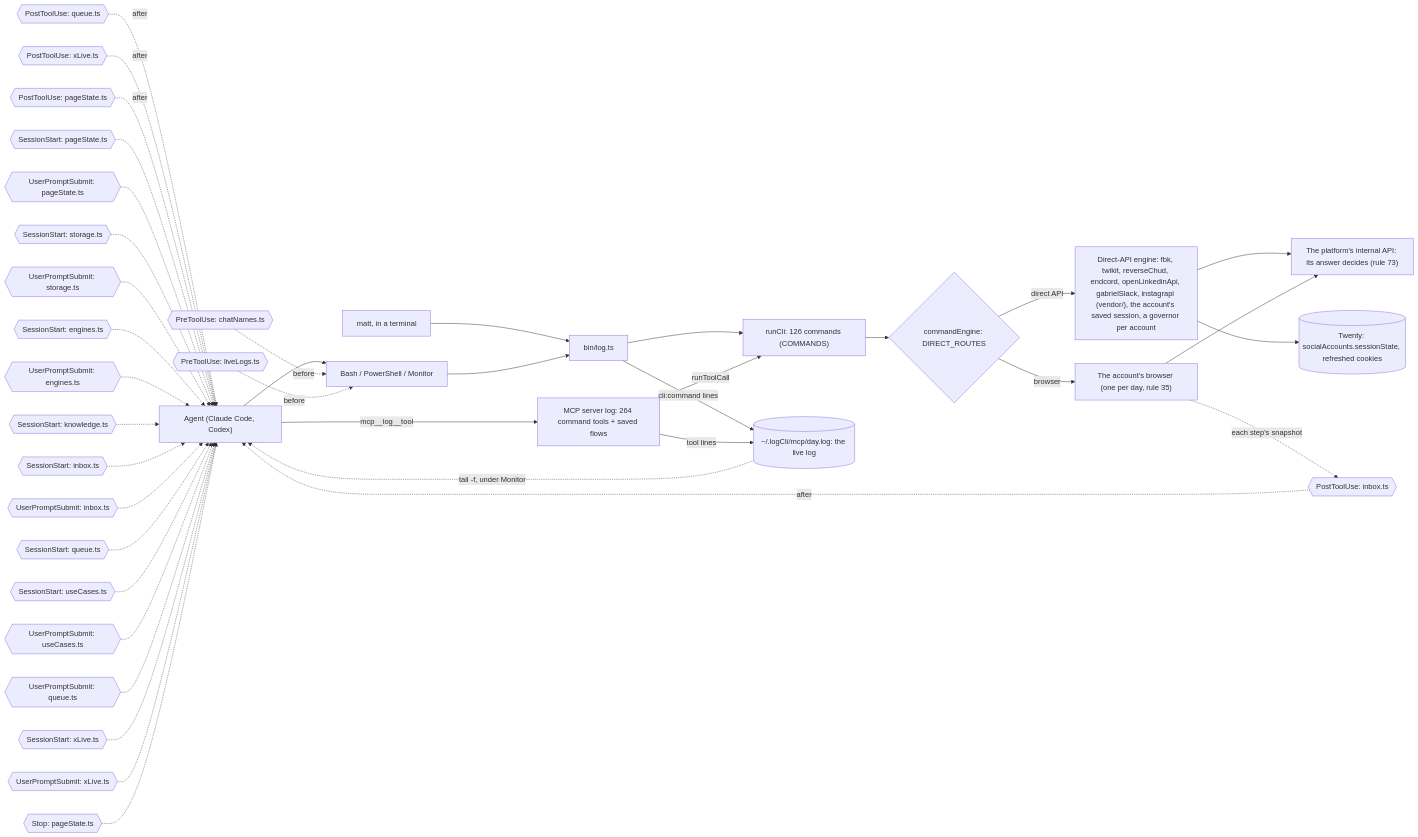
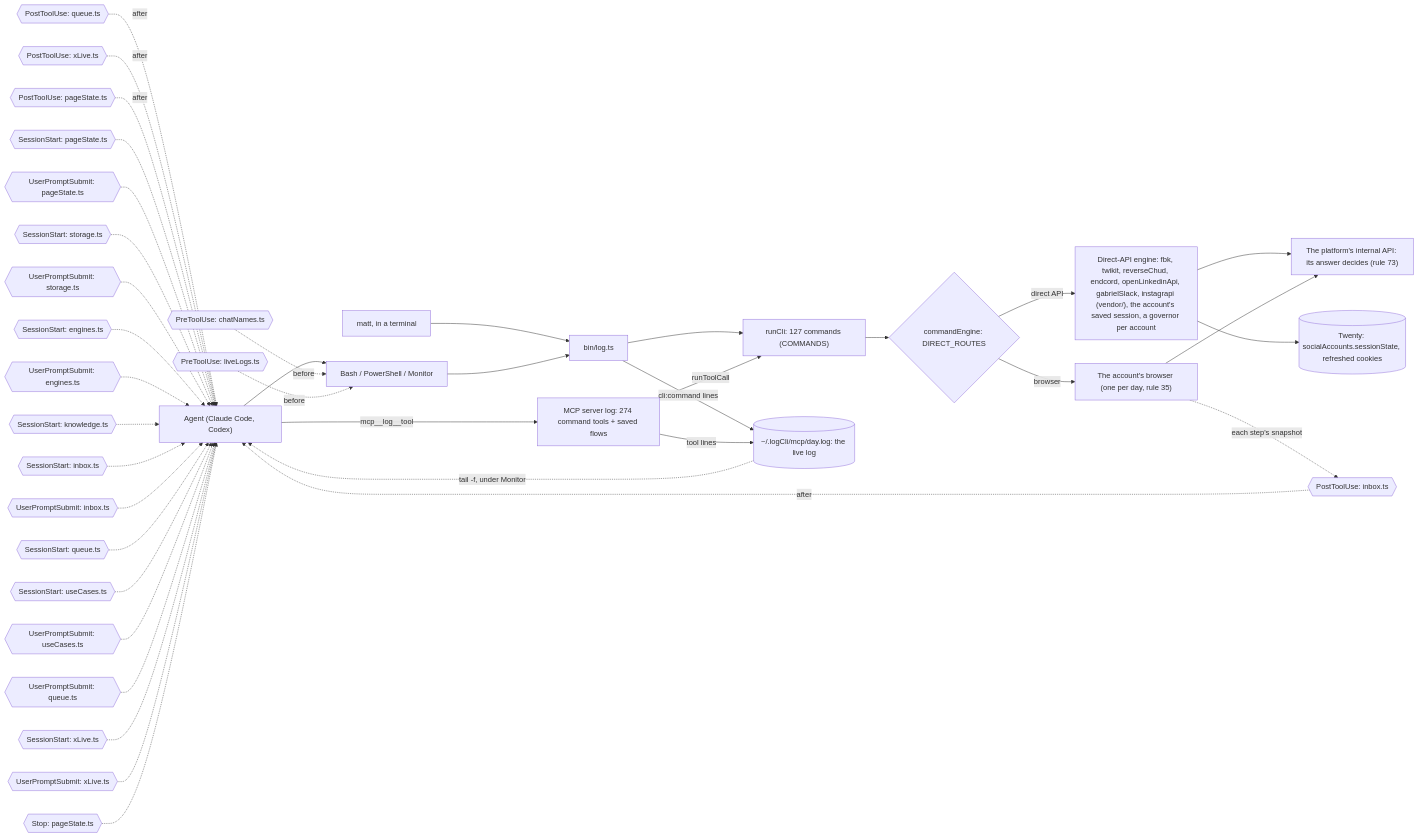
The third of 6 diagrams in docs/reference.md (matthewdonsemail-lab/log), drawn with Mermaid before and after one commit. The commit also changed other lines of this file and 2 other files, not shown here.

Commit message:
log mobile android: rebuild the generated docs and the baseline onto the current main

````diff
--- a/docs/reference.md
+++ b/docs/reference.md
@@ -205,53 +205,53 @@
 ```mermaid
 flowchart LR
   agent["Agent (Claude Code, Codex)"]
   matt["matt, in a terminal"]
   shell["Bash / PowerShell / Monitor"]
-  mcp["MCP server log: 264 command tools + saved flows"]
+  mcp["MCP server log: 274 command tools + saved flows"]
   bin["bin/log.ts"]
-  runCli["runCli: 126 commands (COMMANDS)"]
+  runCli["runCli: 127 commands (COMMANDS)"]
   live[("~/.logCli/mcp/day.log: the live log")]
   engine{"commandEngine: DIRECT_ROUTES"}
   direct["Direct-API engine: fbk, twikit, reverseChud, endcord, openLinkedinApi, gabrielSlack, instagrapi (vendor/), the account's saved session, a governor per account"]
   browser["The account's browser (one per day, rule 35)"]
   api["The platform's internal API: its answer decides (rule 73)"]
   twenty[("Twenty: socialAccounts.sessionState, refreshed cookies")]
   agent --> shell
   matt --> bin
   shell --> bin
   agent -->|mcp__log__tool| mcp
   bin --> runCli
   mcp -->|runToolCall| runCli
   runCli --> engine
   engine -->|direct API| direct
   engine -->|browser| browser
   direct --> api
   browser --> api
   direct --> twenty
   bin -->|cli:command lines| live
   mcp -->|tool lines| live
   live -.->|tail -f, under Monitor| agent
   pre0{{"PreToolUse: chatNames.ts"}} -.->|before| shell
   pre1{{"PreToolUse: liveLogs.ts"}} -.->|before| shell
   post0{{"PostToolUse: inbox.ts"}} -.->|after| agent
   post1{{"PostToolUse: queue.ts"}} -.->|after| agent
   post2{{"PostToolUse: xLive.ts"}} -.->|after| agent
   post3{{"PostToolUse: pageState.ts"}} -.->|after| agent
   turn0{{"SessionStart: pageState.ts"}} -.-> agent
   turn1{{"UserPromptSubmit: pageState.ts"}} -.-> agent
   turn2{{"SessionStart: storage.ts"}} -.-> agent
   turn3{{"UserPromptSubmit: storage.ts"}} -.-> agent
   turn4{{"SessionStart: engines.ts"}} -.-> agent
   turn5{{"UserPromptSubmit: engines.ts"}} -.-> agent
   turn6{{"SessionStart: knowledge.ts"}} -.-> agent
   turn7{{"SessionStart: inbox.ts"}} -.-> agent
   turn8{{"UserPromptSubmit: inbox.ts"}} -.-> agent
   turn9{{"SessionStart: queue.ts"}} -.-> agent
   turn10{{"SessionStart: useCases.ts"}} -.-> agent
   turn11{{"UserPromptSubmit: useCases.ts"}} -.-> agent
   turn12{{"UserPromptSubmit: queue.ts"}} -.-> agent
   turn13{{"SessionStart: xLive.ts"}} -.-> agent
   turn14{{"UserPromptSubmit: xLive.ts"}} -.-> agent
   turn15{{"Stop: pageState.ts"}} -.-> agent
   browser -.->|each step's snapshot| post0
 ```
````
